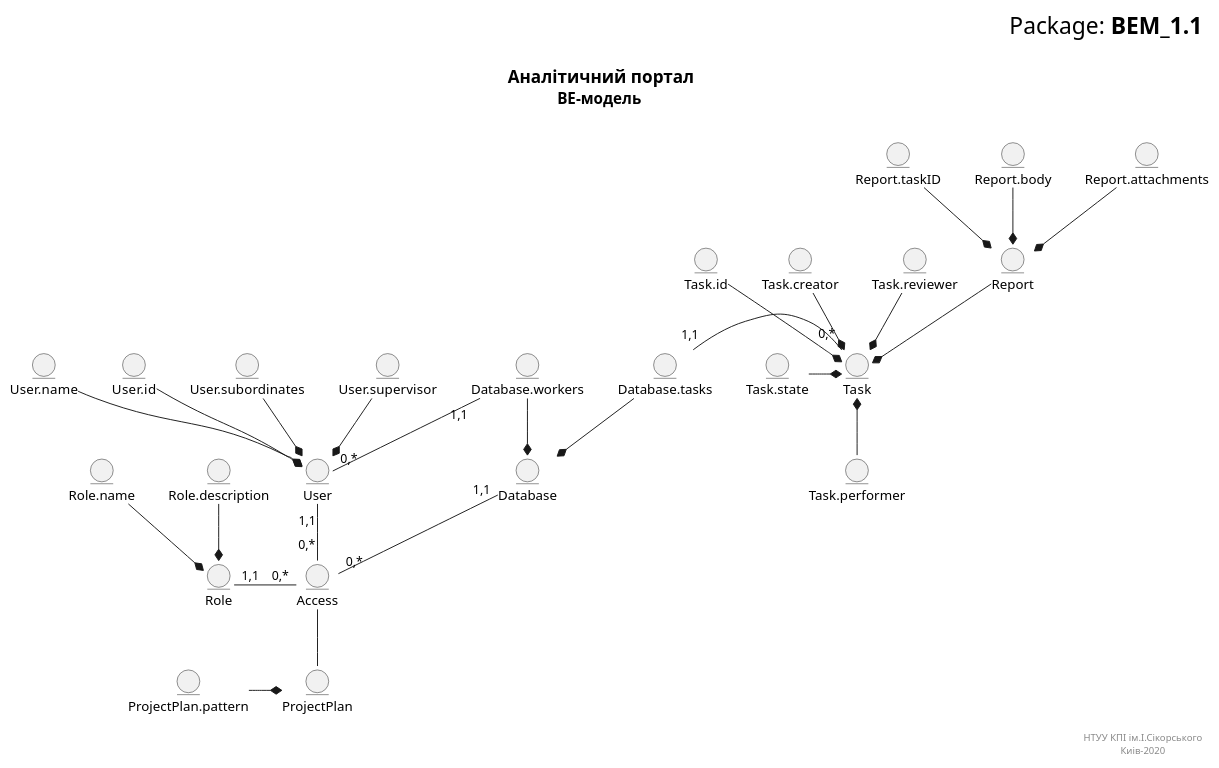
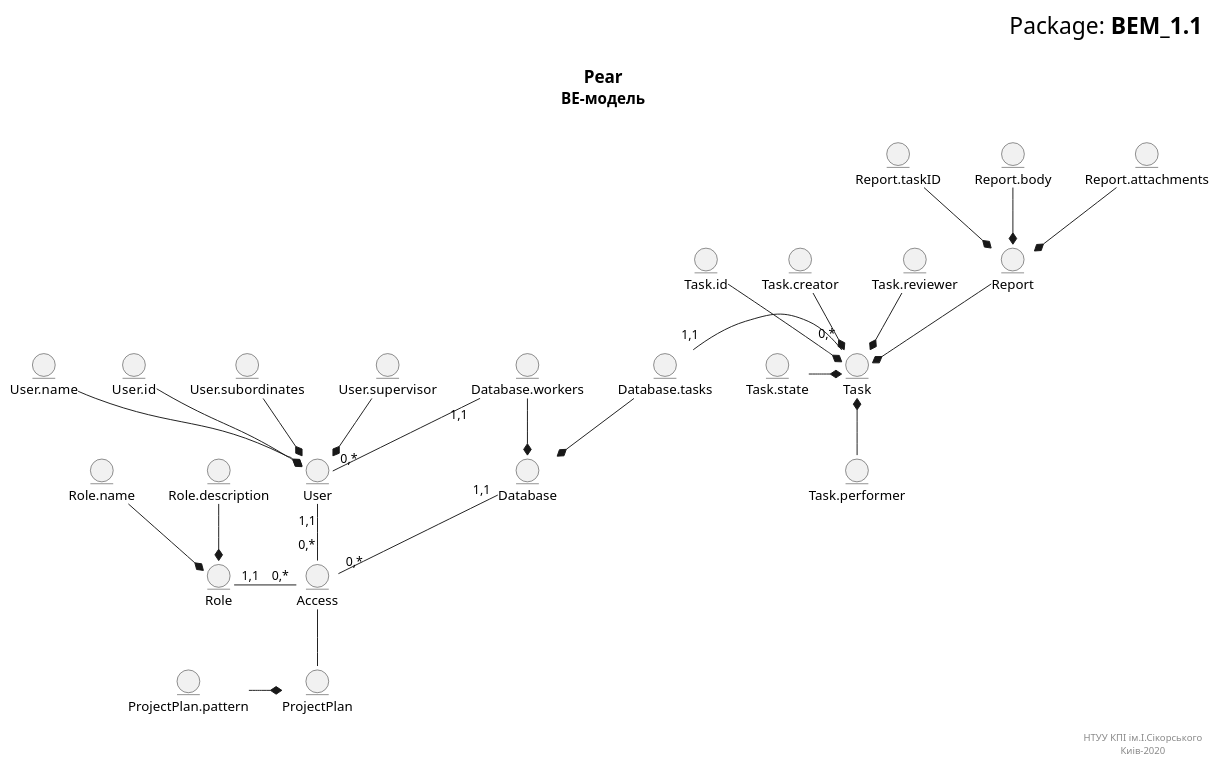
The first of 2 diagrams in docs/files/Diagrams/bem_erm.puml (BohdanShmalko/project_management_system), drawn with PlantUML before and after one commit. The commit also changed other lines of this file, not shown here.

```diff
--- a/docs/files/Diagrams/bem_erm.puml
+++ b/docs/files/Diagrams/bem_erm.puml
@@ -1,85 +1,85 @@
-@startuml 
- right header 
- <font size=24 color=black>Package: <b>BEM_1.1 
-  
- end header 
-  
- title 
- <font size=18 color=black>Аналітичний портал 
- <font size=16 color=black>BE-модель  
-  
- end title 
- 
- entity ProjectPlan 
- entity ProjectPlan.pattern  
-  
- entity User 
- entity User.name 
- entity User.id 
- entity User.subordinates 
- entity User.supervisor 
- 
- entity Access 
- 
- entity Role 
- entity Role.name 
- entity Role.description 
- 
- entity Task 
- entity Task.id 
- entity Task.creator 
- entity Task.performer 
- entity Task.reviewer 
- entity Task.state 
- 
- entity Report 
- entity Report.taskID 
- entity Report.body 
- entity Report.attachments 
- 
- entity Database  
- entity Database.workers  
- entity Database.tasks 
- 
- ProjectPlan.pattern -r-* ProjectPlan 
- 
- Task.id -d-* Task 
- Task.creator -d-* Task 
- Task.performer -u-* Task 
- Task.reviewer -d-* Task 
- Task.state -r-* Task 
- Report --* Task 
- 
- Report.taskID --* Report 
- Report.body --* Report 
- Report.attachments --* Report 
- 
- Database.tasks --* Database 
- Database.workers --* Database 
-  
- User.name --* User 
- User.id --* User 
- User.subordinates --* User 
- User.supervisor --* User 
- 
- Role.name --* Role 
- Role.description --* Role 
- 
- Task "0,*"-l- "1,1" Database.tasks 
- 
- Database.workers "1,1"-d- "0,*" User 
- 
- Role "1,1"-r- "0,*" Access 
- 
- Access -- ProjectPlan 
- 
- User "1,1"-- "0,*" Access 
- 
- Access "0,*"-u- "1,1" Database 
-   
- right footer 
-  
- НТУУ КПІ ім.І.Сікорського 
- Киів-2020  
- end footer 
-@enduml 
+@startuml
+ right header
+ <font size=24 color=black>Package: <b>BEM_1.1
+
+ end header
+
+ title
+ <font size=18 color=black>Pear
+ <font size=16 color=black>BE-модель
+
+ end title
+
+ entity ProjectPlan
+ entity ProjectPlan.pattern
+
+ entity User
+ entity User.name
+ entity User.id
+ entity User.subordinates
+ entity User.supervisor
+
+ entity Access
+
+ entity Role
+ entity Role.name
+ entity Role.description
+
+ entity Task
+ entity Task.id
+ entity Task.creator
+ entity Task.performer
+ entity Task.reviewer
+ entity Task.state
+
+ entity Report
+ entity Report.taskID
+ entity Report.body
+ entity Report.attachments
+
+ entity Database
+ entity Database.workers
+ entity Database.tasks
+
+ ProjectPlan.pattern -r-* ProjectPlan
+
+ Task.id -d-* Task
+ Task.creator -d-* Task
+ Task.performer -u-* Task
+ Task.reviewer -d-* Task
+ Task.state -r-* Task
+ Report --* Task
+
+ Report.taskID --* Report
+ Report.body --* Report
+ Report.attachments --* Report
+
+ Database.tasks --* Database
+ Database.workers --* Database
+
+ User.name --* User
+ User.id --* User
+ User.subordinates --* User
+ User.supervisor --* User
+
+ Role.name --* Role
+ Role.description --* Role
+
+ Task "0,*"-l- "1,1" Database.tasks
+
+ Database.workers "1,1"-d- "0,*" User
+
+ Role "1,1"-r- "0,*" Access
+
+ Access -- ProjectPlan
+
+ User "1,1"-- "0,*" Access
+
+ Access "0,*"-u- "1,1" Database
+
+ right footer
+
+ НТУУ КПІ ім.І.Сікорського
+ Киів-2020
+ end footer
+@enduml
```
